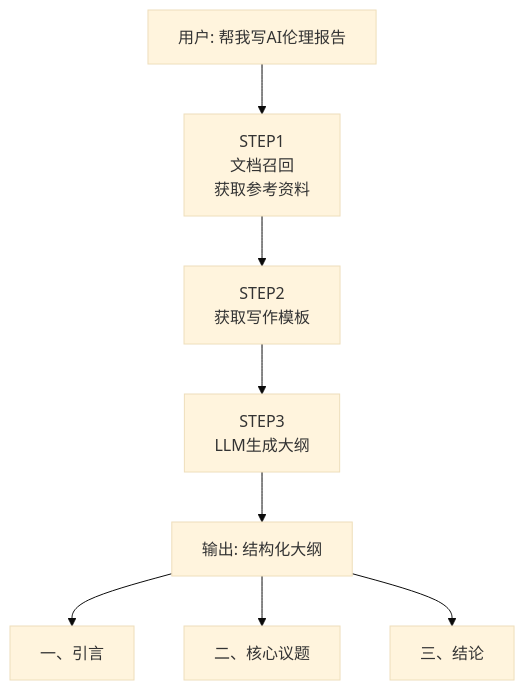
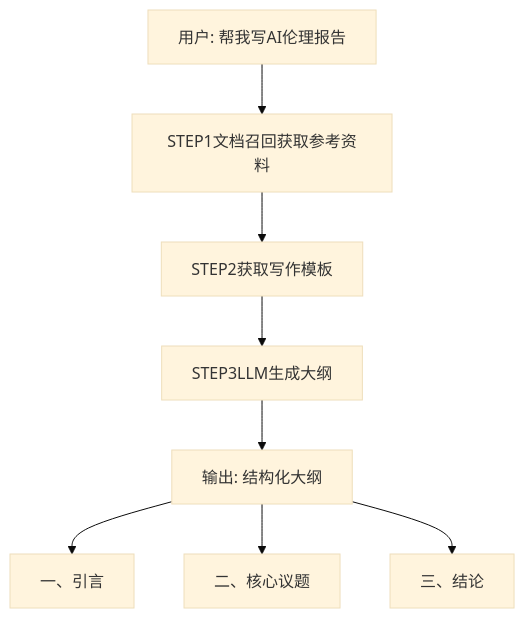
Before and after one commit to kcenter-ai/kcenter_blog: the fourth of 11 diagrams in source/_posts/知识助手技术原理.md, drawn with Mermaid (base theme). The commit also changed other lines of this file, not shown here.

First line of the commit message:
Fix: 修复 Mermaid 图表decision node显示问题

````diff
--- a/source/_posts/知识助手技术原理.md
+++ b/source/_posts/知识助手技术原理.md
@@ -168,10 +168,10 @@
 ```mermaid
 flowchart TB
-    A[用户: 帮我写AI伦理报告] --> B[STEP1<br/>文档召回<br/>获取参考资料]
-    B --> C[STEP2<br/>获取写作模板]
-    C --> D[STEP3<br/>LLM生成大纲]
+    A[用户: 帮我写AI伦理报告] --> B[STEP1文档召回获取参考资料]
+    B --> C[STEP2获取写作模板]
+    C --> D[STEP3LLM生成大纲]
     D --> E[输出: 结构化大纲]
     E --> E1[一、引言]
     E --> E2[二、核心议题]
     E --> E3[三、结论]
 ```
````
